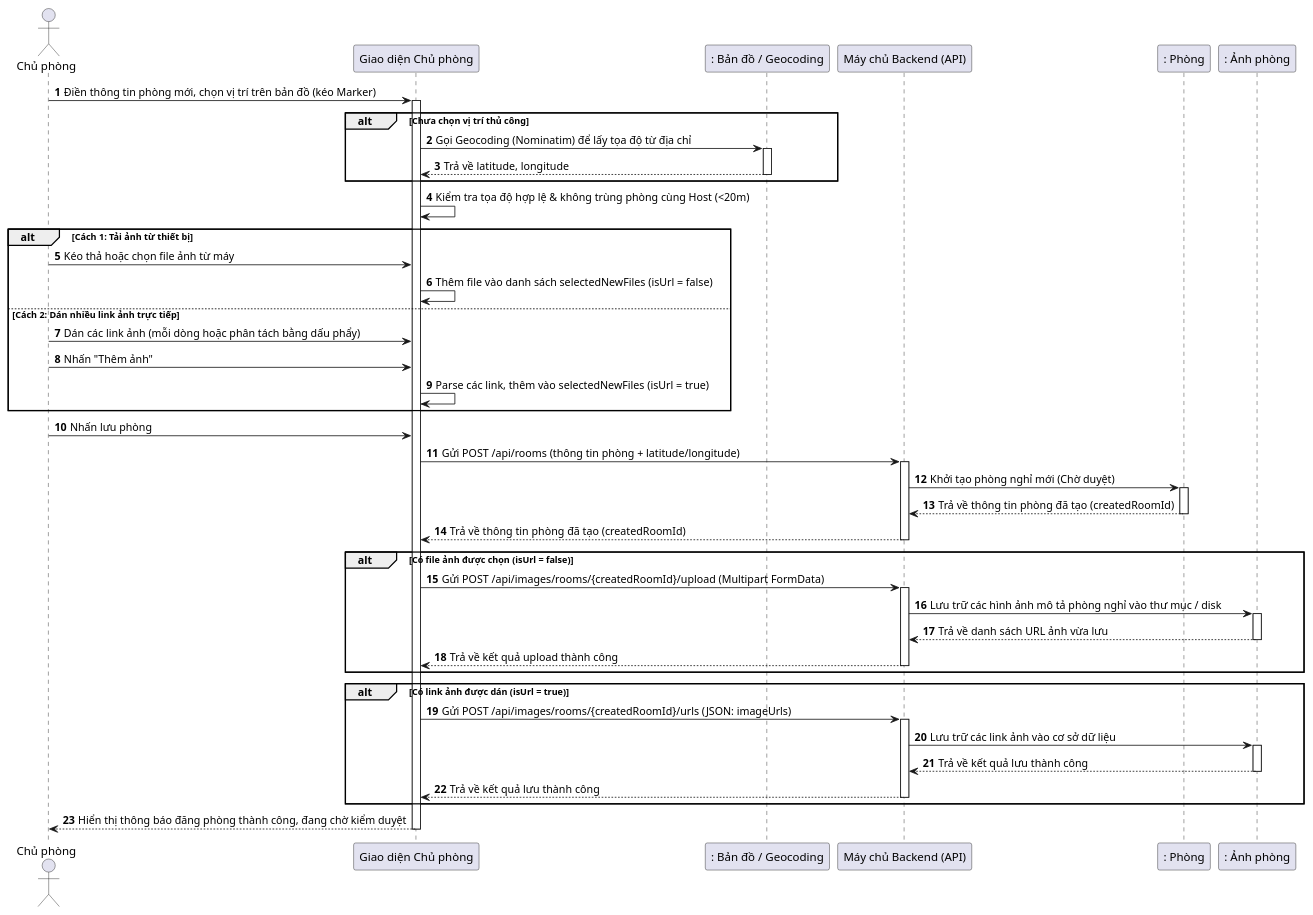
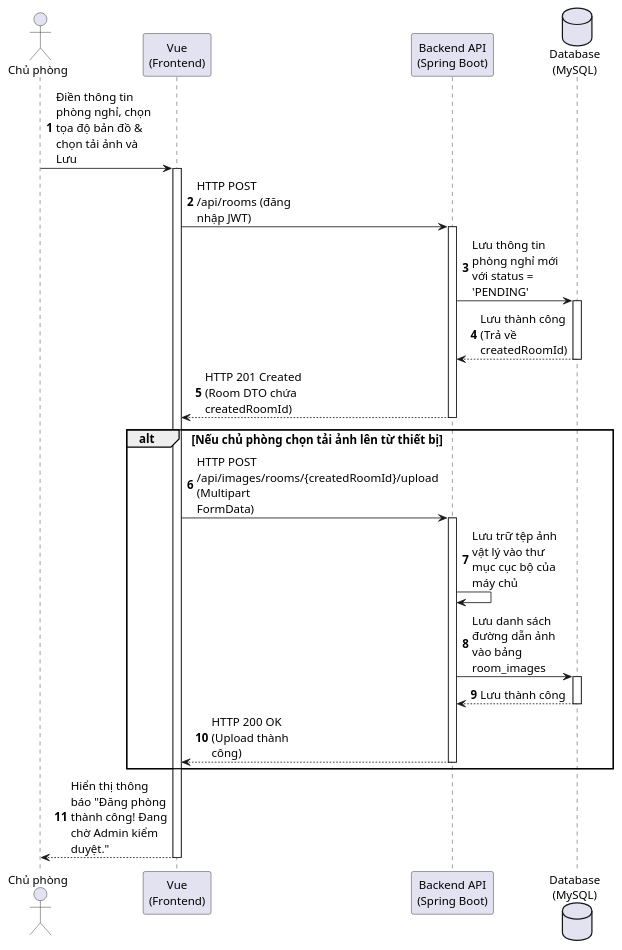
Before and after one commit to kienpham23/BuddingHotelStay-frontend: diagram 17 of 28 in huong_dan_ve_bieu_do.md, drawn with PlantUML. The commit also changed other lines of this file and 16 other files, not shown here.

Commit message:
Cập nhập sửa giao diện

````diff
--- a/huong_dan_ve_bieu_do.md
+++ b/huong_dan_ve_bieu_do.md
@@ -561,67 +601,39 @@
 ```plantuml
 @startuml
 autonumber
+skinparam DefaultFontSize 14
+skinparam MaxMessageSize 120
+skinparam ParticipantPadding 10
+skinparam BoxPadding 10
+
 actor "Chủ phòng" as Host
-participant "Giao diện Chủ phòng" as GUI
-participant ": Bản đồ / Geocoding" as Map
-participant "Máy chủ Backend (API)" as API
-participant ": Phòng" as Room
-participant ": Ảnh phòng" as Image
+participant "Vue\n(Frontend)" as Vue
+participant "Backend API\n(Spring Boot)" as API
+database "Database\n(MySQL)" as DB
 
-Host -> GUI : Điền thông tin phòng mới, chọn vị trí trên bản đồ (kéo Marker)
-activate GUI
-
-alt Chưa chọn vị trí thủ công
-    GUI -> Map : Gọi Geocoding (Nominatim) để lấy tọa độ từ địa chỉ
-    activate Map
-    Map --> GUI : Trả về latitude, longitude
-    deactivate Map
-end
-
-GUI -> GUI : Kiểm tra tọa độ hợp lệ & không trùng phòng cùng Host (<20m)
-
-alt Cách 1: Tải ảnh từ thiết bị
-    Host -> GUI : Kéo thả hoặc chọn file ảnh từ máy
-    GUI -> GUI : Thêm file vào danh sách selectedNewFiles (isUrl = false)
-else Cách 2: Dán nhiều link ảnh trực tiếp
-    Host -> GUI : Dán các link ảnh (mỗi dòng hoặc phân tách bằng dấu phẩy)
-    Host -> GUI : Nhấn "Thêm ảnh"
-    GUI -> GUI : Parse các link, thêm vào selectedNewFiles (isUrl = true)
-end
-
-Host -> GUI : Nhấn lưu phòng
-GUI -> API : Gửi POST /api/rooms (thông tin phòng + latitude/longitude)
+Host -> Vue : Điền thông tin phòng nghỉ, chọn tọa độ bản đồ & chọn tải ảnh và Lưu
+activate Vue
+Vue -> API : HTTP POST /api/rooms (đăng nhập JWT)
 activate API
-API -> Room : Khởi tạo phòng nghỉ mới (Chờ duyệt)
-activate Room
-Room --> API : Trả về thông tin phòng đã tạo (createdRoomId)
-deactivate Room
-API --> GUI : Trả về thông tin phòng đã tạo (createdRoomId)
+API -> DB : Lưu thông tin phòng nghỉ mới với status = 'PENDING'
+activate DB
+DB --> API : Lưu thành công (Trả về createdRoomId)
+deactivate DB
+API --> Vue : HTTP 201 Created (Room DTO chứa createdRoomId)
 deactivate API
 
-alt Có file ảnh được chọn (isUrl = false)
-    GUI -> API : Gửi POST /api/images/rooms/{createdRoomId}/upload (Multipart FormData)
+alt Nếu chủ phòng chọn tải ảnh lên từ thiết bị
+    Vue -> API : HTTP POST /api/images/rooms/{createdRoomId}/upload (Multipart FormData)
     activate API
-    API -> Image : Lưu trữ các hình ảnh mô tả phòng nghỉ vào thư mục / disk
-    activate Image
-    Image --> API : Trả về danh sách URL ảnh vừa lưu
-    deactivate Image
-    API --> GUI : Trả về kết quả upload thành công
+    API -> API : Lưu trữ tệp ảnh vật lý vào thư mục cục bộ của máy chủ
+    API -> DB : Lưu danh sách đường dẫn ảnh vào bảng room_images
+    activate DB
+    DB --> API : Lưu thành công
+    deactivate DB
+    API --> Vue : HTTP 200 OK (Upload thành công)
     deactivate API
 end
-
-alt Có link ảnh được dán (isUrl = true)
-    GUI -> API : Gửi POST /api/images/rooms/{createdRoomId}/urls (JSON: imageUrls)
-    activate API
-    API -> Image : Lưu trữ các link ảnh vào cơ sở dữ liệu
-    activate Image
-    Image --> API : Trả về kết quả lưu thành công
-    deactivate Image
-    API --> GUI : Trả về kết quả lưu thành công
-    deactivate API
-end
-
-GUI --> Host : Hiển thị thông báo đăng phòng thành công, đang chờ kiểm duyệt
-deactivate GUI
+Vue --> Host : Hiển thị thông báo "Đăng phòng thành công! Đang chờ Admin kiểm duyệt."
+deactivate Vue
 @enduml
 ```
````
